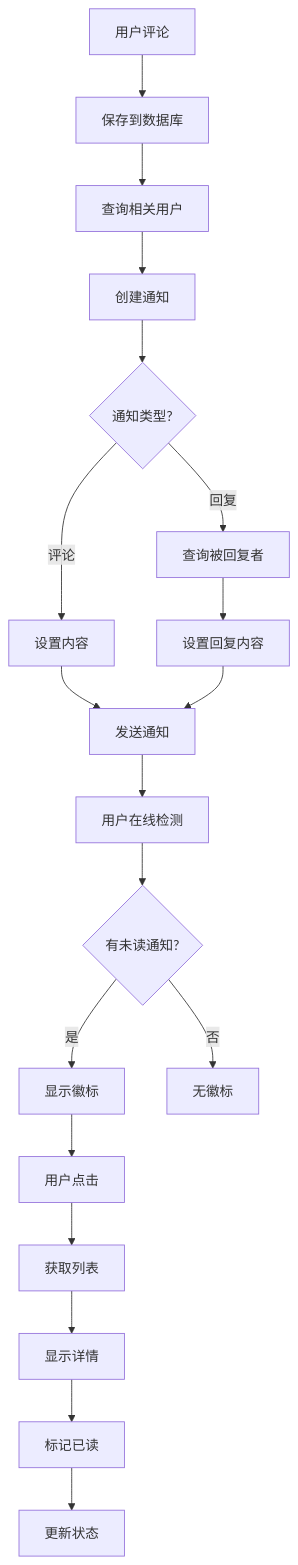
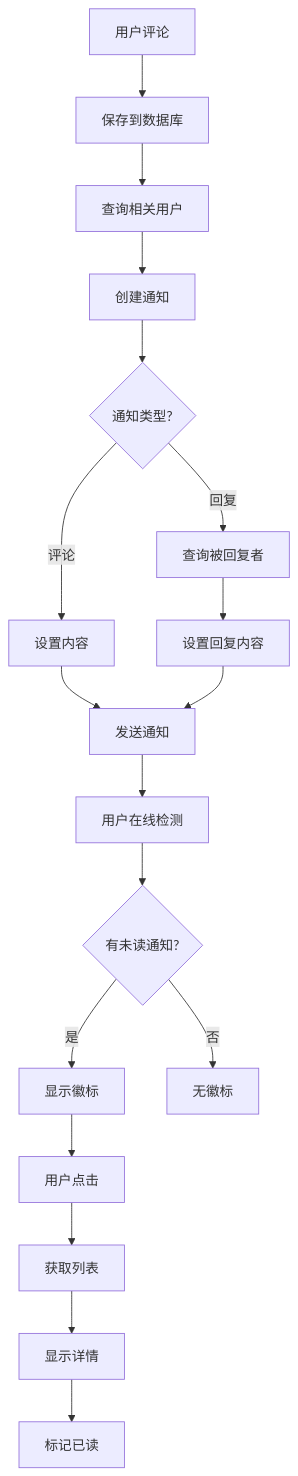
The second of 35 diagrams in code/开发文档.md (Young143l/ZCWL), drawn with Mermaid before and after one commit. The commit also changed other lines of this file and 4 other files, not shown here.

````diff
--- a/code/开发文档.md
+++ b/code/开发文档.md
@@ -412,21 +279,20 @@
 ```mermaid
 flowchart TD
     A[用户评论] --> B[保存到数据库]
     B --> C[查询相关用户]
     C --> D[创建通知]
     D --> E{通知类型?}
     E -->|评论| F[设置内容]
     E -->|回复| G[查询被回复者]
     G --> H[设置回复内容]
     F --> I[发送通知]
     H --> I
     I --> J[用户在线检测]
     J --> K{有未读通知?}
     K -->|是| L[显示徽标]
     K -->|否| M[无徽标]
     L --> N[用户点击]
     N --> O[获取列表]
     O --> P[显示详情]
     P --> Q[标记已读]
-    Q --> R[更新状态]
 ```
````
